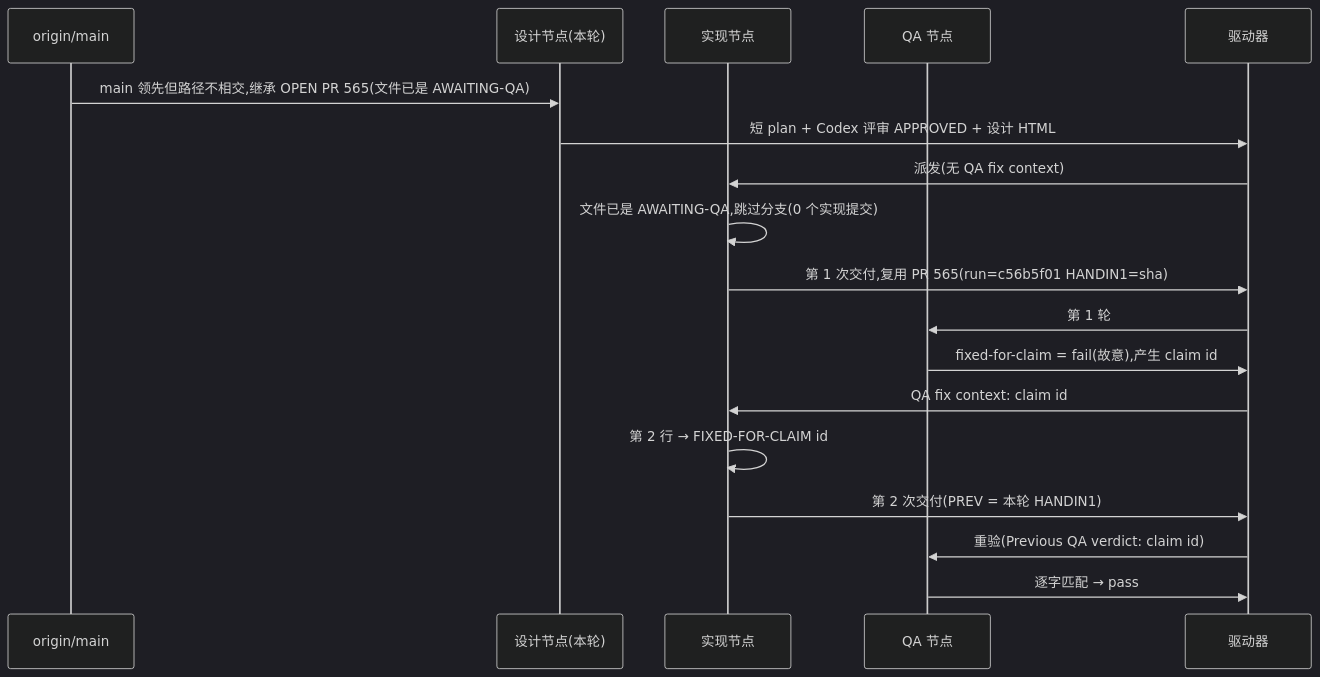
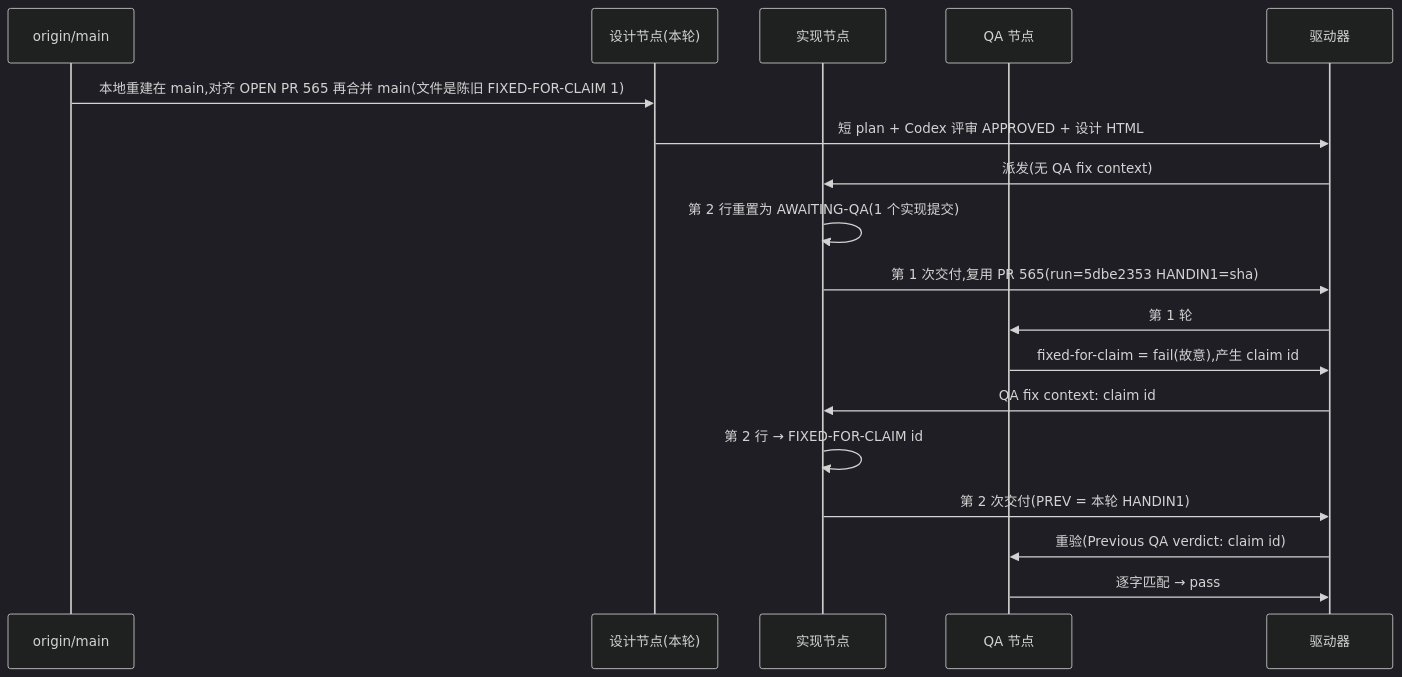
The diagram in engineering/doc/FLY-3150-real-runner-drill/d1-core-flow.mmd (xrliAnnie/flywheel-qa-sandbox), drawn with Mermaid (dark theme) before and after one commit. The commit also changed 2 other files, not shown here.

Commit message:
docs(FLY-3150): design review and founder HTML for run 5dbe2353

```diff
--- a/engineering/doc/FLY-3150-real-runner-drill/d1-core-flow.mmd
+++ b/engineering/doc/FLY-3150-real-runner-drill/d1-core-flow.mmd
@@ -1,18 +1,18 @@
 sequenceDiagram
     participant M as origin/main
     participant S as 设计节点(本轮)
     participant I as 实现节点
     participant Q as QA 节点
     participant D as 驱动器
-    M->>S: main 领先但路径不相交,继承 OPEN PR 565(文件已是 AWAITING-QA)
+    M->>S: 本地重建在 main,对齐 OPEN PR 565 再合并 main(文件是陈旧 FIXED-FOR-CLAIM 1)
     S->>D: 短 plan + Codex 评审 APPROVED + 设计 HTML
     D->>I: 派发(无 QA fix context)
-    I->>I: 文件已是 AWAITING-QA,跳过分支(0 个实现提交)
-    I->>D: 第 1 次交付,复用 PR 565(run=c56b5f01 HANDIN1=sha)
+    I->>I: 第 2 行重置为 AWAITING-QA(1 个实现提交)
+    I->>D: 第 1 次交付,复用 PR 565(run=5dbe2353 HANDIN1=sha)
     D->>Q: 第 1 轮
     Q->>D: fixed-for-claim = fail(故意),产生 claim id
     D->>I: QA fix context: claim id
     I->>I: 第 2 行 → FIXED-FOR-CLAIM id
     I->>D: 第 2 次交付(PREV = 本轮 HANDIN1)
     D->>Q: 重验(Previous QA verdict: claim id)
     Q->>D: 逐字匹配 → pass
```
